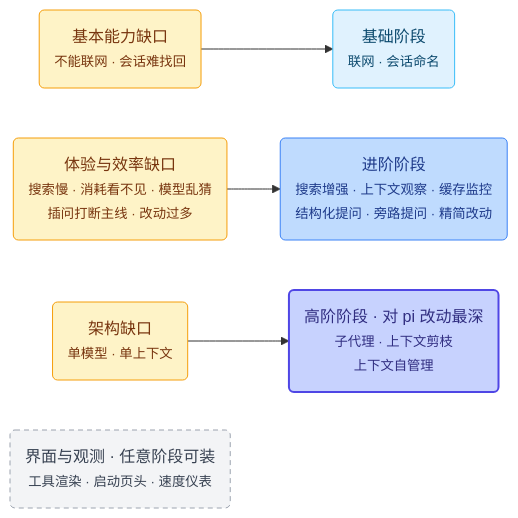
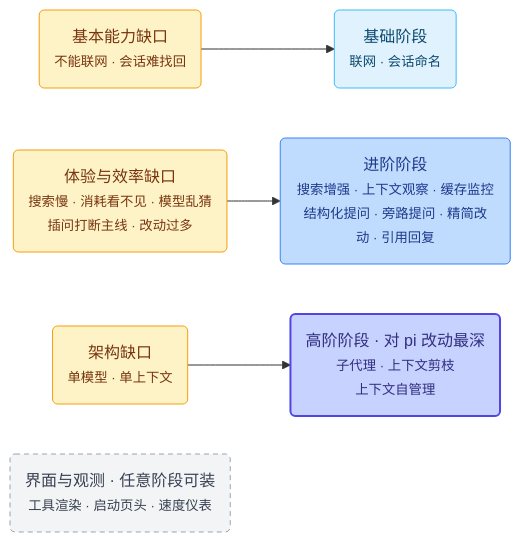
The first of 2 diagrams in docs/01-理念与路线.md (Jerry2003sky/pi-playbook), drawn with Mermaid before and after one commit. The commit also changed other lines of this file and 15 other files, not shown here.

````diff
--- a/docs/01-理念与路线.md
+++ b/docs/01-理念与路线.md
@@ -49,18 +49,18 @@
 ```mermaid
 flowchart LR
     G1("基本能力缺口<br/><small>不能联网 · 会话难找回</small>") --> S1("基础阶段<br/><small>联网 · 会话命名</small>")
-    G2("体验与效率缺口<br/><small>搜索慢 · 消耗看不见 · 模型乱猜<br/>插问打断主线 · 改动过多</small>") --> S2("进阶阶段<br/><small>搜索增强 · 上下文观察 · 缓存监控<br/>结构化提问 · 旁路提问 · 精简改动</small>")
+    G2("体验与效率缺口<br/><small>搜索慢 · 消耗看不见 · 模型乱猜<br/>插问打断主线 · 改动过多</small>") --> S2("进阶阶段<br/><small>搜索增强 · 上下文观察 · 缓存监控<br/>结构化提问 · 旁路提问 · 精简改动 · 引用回复</small>")
     G3("架构缺口<br/><small>单模型 · 单上下文</small>") --> S3("高阶阶段 · 对 pi 改动最深<br/><small>子代理 · 上下文剪枝<br/>上下文自管理</small>")
     UI("界面与观测 · 任意阶段可装<br/><small>工具渲染 · 启动页头 · 速度仪表</small>")
 
     classDef gap fill:#fef3c7,stroke:#f59e0b,color:#78350f
     classDef s1 fill:#e0f2fe,stroke:#38bdf8,color:#0c4a6e
     classDef s2 fill:#bfdbfe,stroke:#3b82f6,color:#1e3a8a
     classDef s3 fill:#c7d2fe,stroke:#4f46e5,stroke-width:2px,color:#312e81
     classDef side fill:#f3f4f6,stroke:#9ca3af,stroke-dasharray:5 4,color:#374151
     class G1,G2,G3 gap
     class S1 s1
     class S2 s2
     class S3 s3
     class UI side
 ```
````
